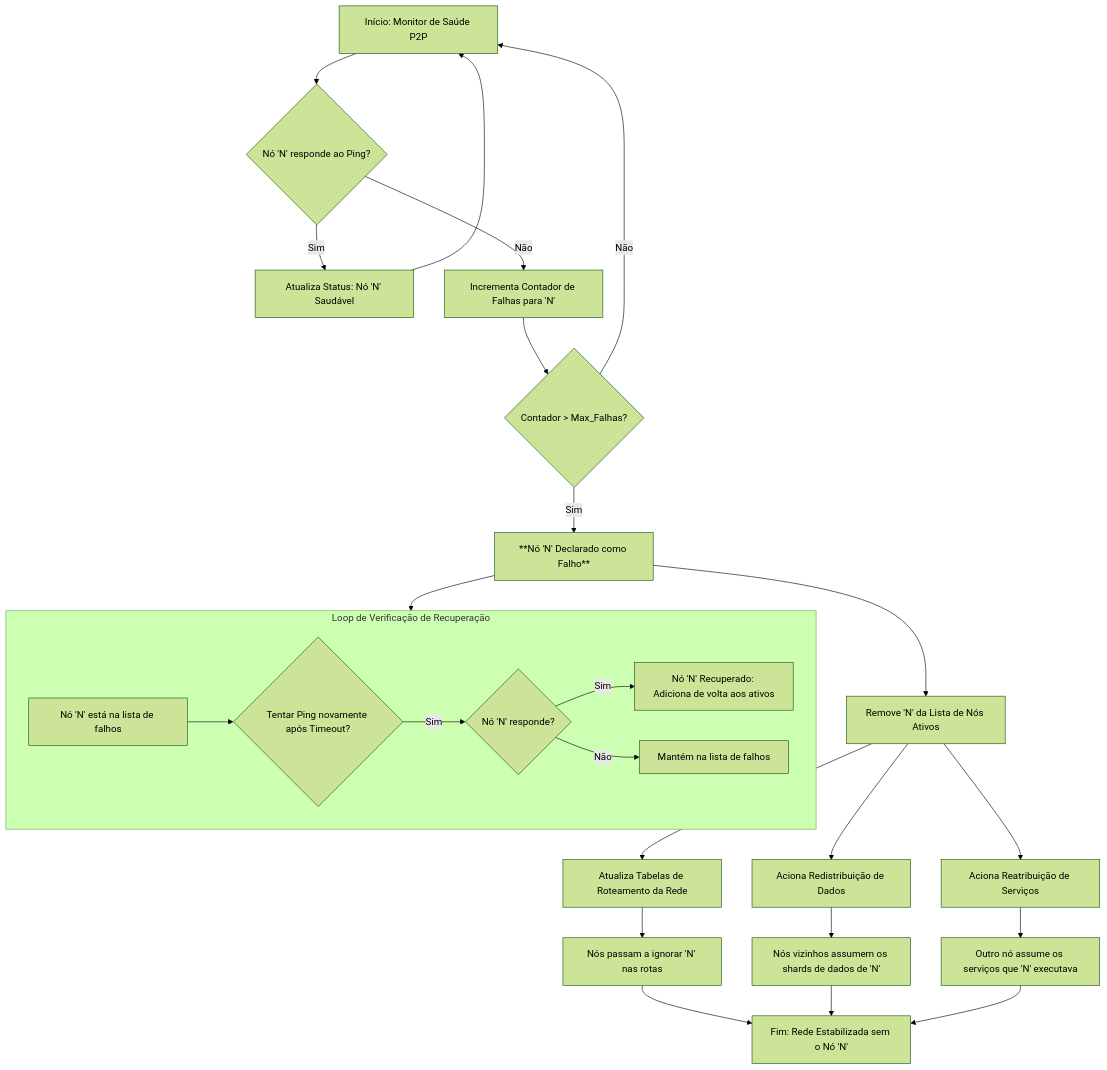
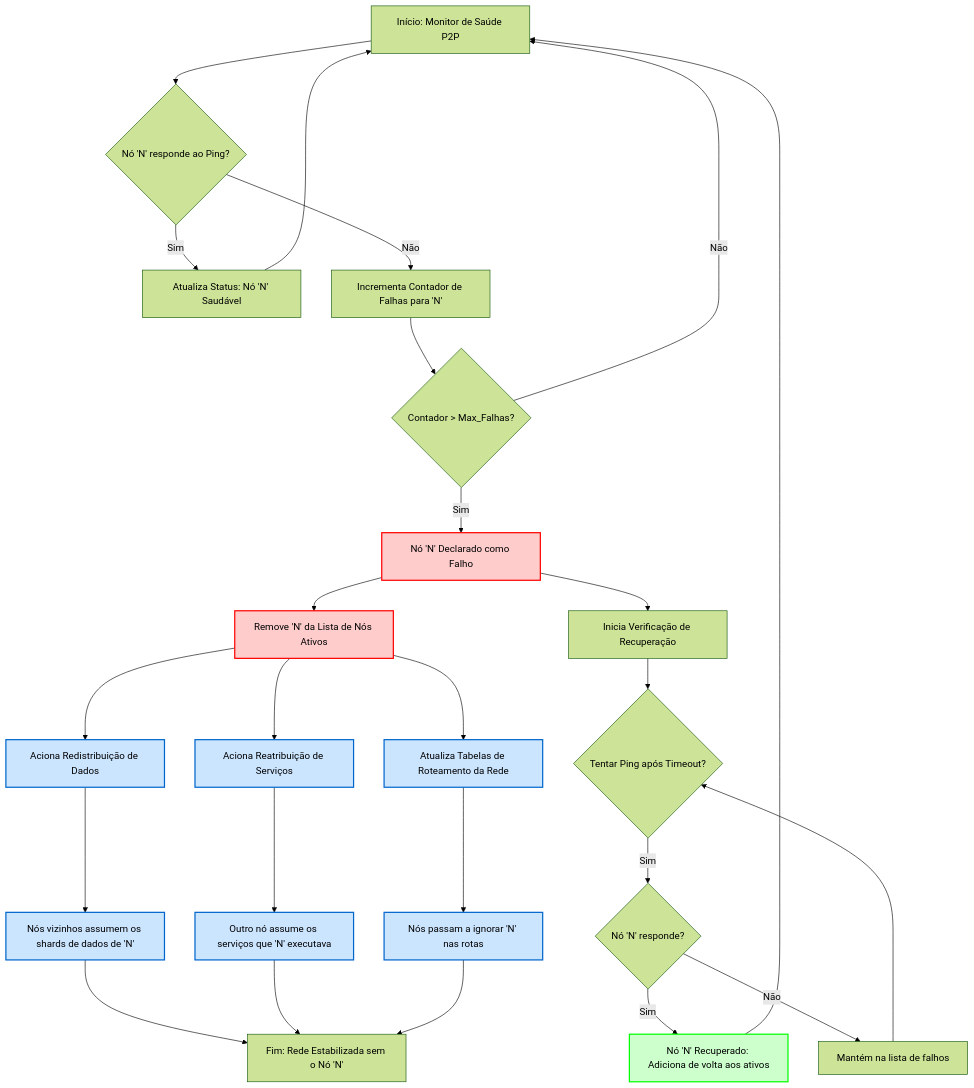
One commit to Atous-Technology-Systems/network changed the fourth of 5 diagrams in README.md. Above: the diagram before and after it, drawn with Mermaid (forest theme). The commit also changed 15 other files, not shown here.

````diff
--- a/README.md
+++ b/README.md
@@ -171,30 +171,38 @@
 ```mermaid
 graph TD
-    A[Início: Monitor de Saúde P2P] --> B{Nó 'N' responde ao Ping?};
-    B -- "Sim" --> C[Atualiza Status: Nó 'N' Saudável];
-    C --> A;
-    B -- "Não" --> D[Incrementa Contador de Falhas para 'N'];
-    D --> E{Contador > Max_Falhas?};
-    E -- "Não" --> A;
-    E -- "Sim" --> F[**Nó 'N' Declarado como Falho**];
-    F --> G[Remove 'N' da Lista de Nós Ativos];
-    G --> H[Aciona Redistribuição de Dados];
-    H --> I[Nós vizinhos assumem os shards de dados de 'N'];
-    G --> J[Aciona Reatribuição de Serviços];
-    J --> K[Outro nó assume os serviços que 'N' executava];
-    G --> L[Atualiza Tabelas de Roteamento da Rede];
-    L --> M[Nós passam a ignorar 'N' nas rotas];
-    M --> N[Fim: Rede Estabilizada sem o Nó 'N'];
-    I --> N;
-    K --> N;
-
-    subgraph "Loop de Verificação de Recuperação"
-        direction LR
-        R1[Nó 'N' está na lista de falhos] --> R2{Tentar Ping novamente após Timeout?};
-        R2 -- "Sim" --> R3{Nó 'N' responde?};
-        R3 -- "Sim" --> R4[Nó 'N' Recuperado: Adiciona de volta aos ativos];
-        R3 -- "Não" --> R5[Mantém na lista de falhos];
-    end
-
-    F --> R1;
+    A[Início: Monitor de Saúde P2P] --> B{Nó 'N' responde ao Ping?}
+    B -->|"Sim"| C[Atualiza Status: Nó 'N' Saudável]
+    C --> A
+    B -->|"Não"| D[Incrementa Contador de Falhas para 'N']
+    D --> E{Contador > Max_Falhas?}
+    E -->|"Não"| A
+    E -->|"Sim"| F[Nó 'N' Declarado como Falho]
+    F --> G[Remove 'N' da Lista de Nós Ativos]
+    G --> H[Aciona Redistribuição de Dados]
+    G --> J[Aciona Reatribuição de Serviços]
+    G --> L[Atualiza Tabelas de Roteamento da Rede]
+    H --> I[Nós vizinhos assumem os shards de dados de 'N']
+    J --> K[Outro nó assume os serviços que 'N' executava]
+    L --> M[Nós passam a ignorar 'N' nas rotas]
+    I --> N[Fim: Rede Estabilizada sem o Nó 'N']
+    K --> N
+    M --> N
+    
+    %% Loop de Verificação de Recuperação
+    F --> R1[Inicia Verificação de Recuperação]
+    R1 --> R2{Tentar Ping após Timeout?}
+    R2 -->|"Sim"| R3{Nó 'N' responde?}
+    R3 -->|"Sim"| R4[Nó 'N' Recuperado: Adiciona de volta aos ativos]
+    R3 -->|"Não"| R5[Mantém na lista de falhos]
+    R4 --> A
+    R5 --> R2
+    
+    %% Styling
+    classDef failureNode fill:#ffcccc,stroke:#ff0000,stroke-width:2px
+    classDef recoveryNode fill:#ccffcc,stroke:#00ff00,stroke-width:2px
+    classDef processNode fill:#cce5ff,stroke:#0066cc,stroke-width:2px
+    
+    class F,G failureNode
+    class R4 recoveryNode
+    class H,I,J,K,L,M processNode
 ```
````
